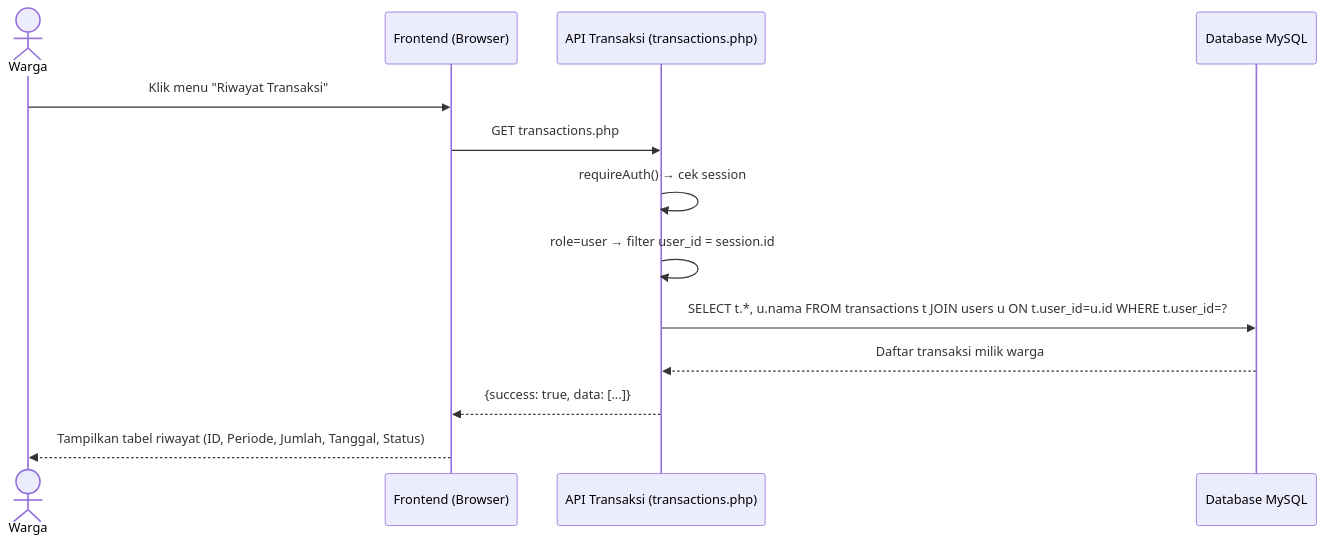
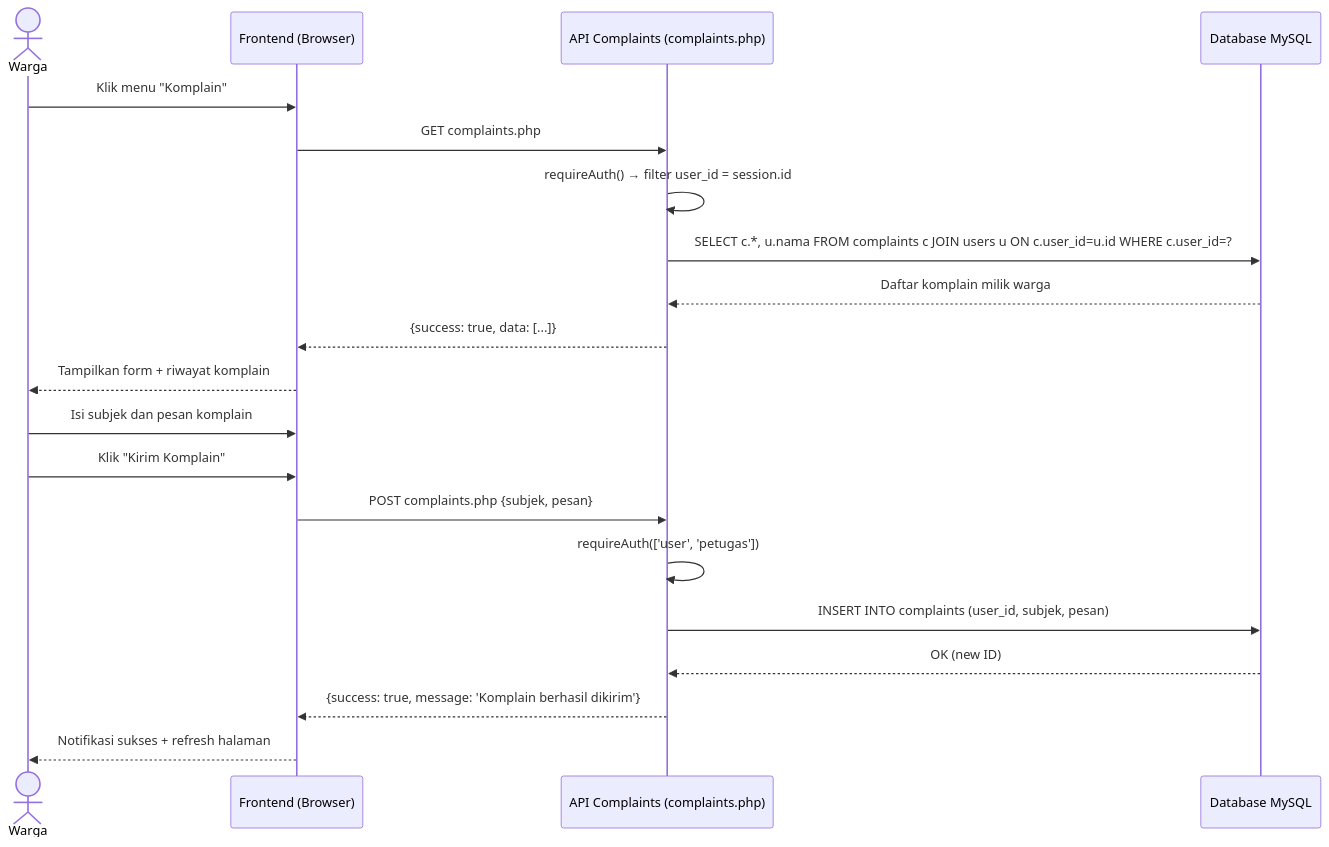
The fifth of 19 diagrams in dokumentasi/UML_SIPARES.md (Aflah88/SIPARES-V.1.0), drawn with Mermaid before and after one commit. The commit also changed other lines of this file and 15 other files, not shown here.

````diff
--- a/dokumentasi/UML_SIPARES.md
+++ b/dokumentasi/UML_SIPARES.md
@@ -165,16 +213,24 @@
 ```mermaid
 sequenceDiagram
     actor W as Warga
     participant FE as Frontend (Browser)
-    participant API as API Transaksi (transactions.php)
+    participant API as API Complaints (complaints.php)
     participant DB as Database MySQL
 
-    W->>FE: Klik menu "Riwayat Transaksi"
-    FE->>API: GET transactions.php
-    API->>API: requireAuth() → cek session
-    API->>API: role=user → filter user_id = session.id
-    API->>DB: SELECT t.*, u.nama FROM transactions t JOIN users u ON t.user_id=u.id WHERE t.user_id=?
-    DB-->>API: Daftar transaksi milik warga
+    W->>FE: Klik menu "Komplain"
+    FE->>API: GET complaints.php
+    API->>API: requireAuth() → filter user_id = session.id
+    API->>DB: SELECT c.*, u.nama FROM complaints c JOIN users u ON c.user_id=u.id WHERE c.user_id=?
+    DB-->>API: Daftar komplain milik warga
     API-->>FE: {success: true, data: [...]}
-    FE-->>W: Tampilkan tabel riwayat (ID, Periode, Jumlah, Tanggal, Status)
+    FE-->>W: Tampilkan form + riwayat komplain
+
+    W->>FE: Isi subjek dan pesan komplain
+    W->>FE: Klik "Kirim Komplain"
+    FE->>API: POST complaints.php {subjek, pesan}
+    API->>API: requireAuth(['user', 'petugas'])
+    API->>DB: INSERT INTO complaints (user_id, subjek, pesan)
+    DB-->>API: OK (new ID)
+    API-->>FE: {success: true, message: 'Komplain berhasil dikirim'}
+    FE-->>W: Notifikasi sukses + refresh halaman
 ```
````
